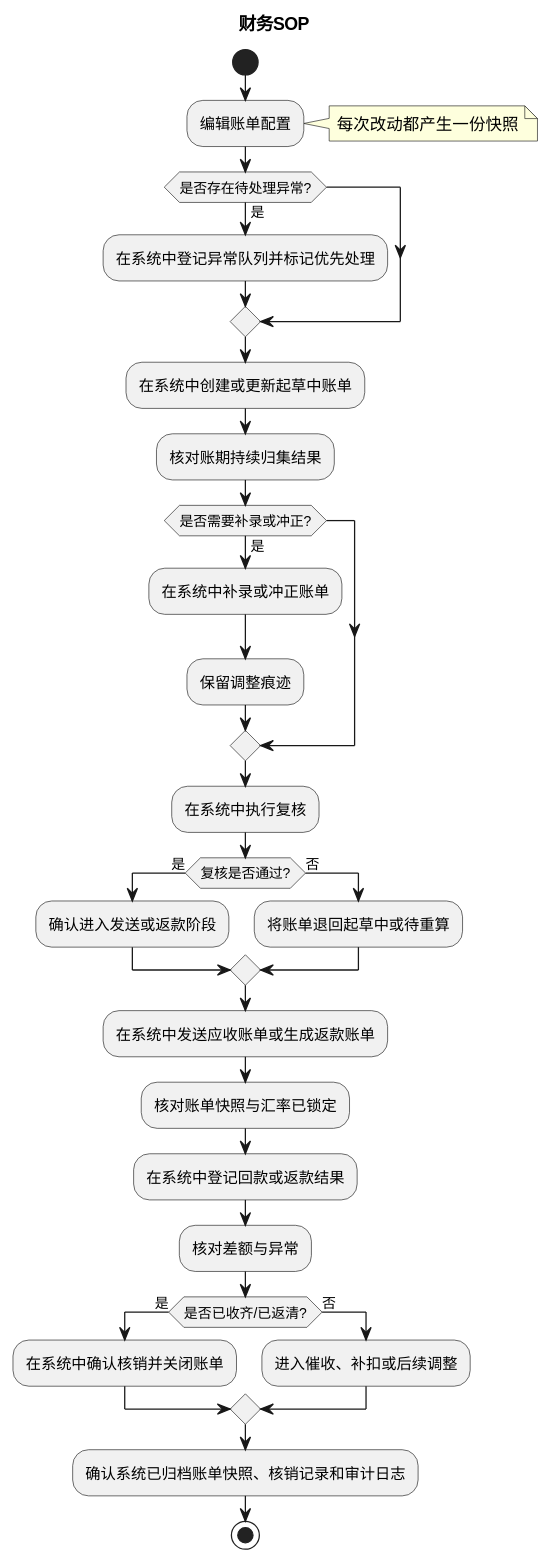
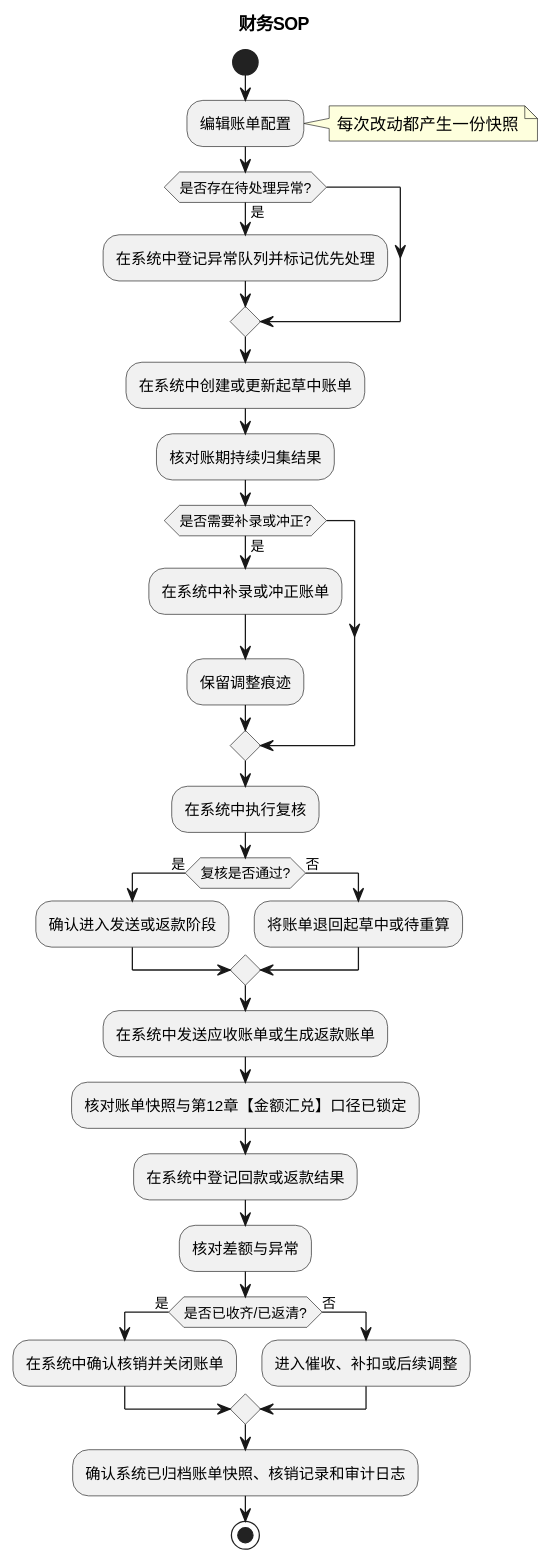
One commit to jack888332/projects-doc changed the first of 10 diagrams in product-caliber/bms/prd/财务系统.PRD.md. Above: the diagram before and after it, drawn with PlantUML. The commit also changed other lines of this file, not shown here.

````diff
--- a/product-caliber/bms/prd/财务系统.PRD.md
+++ b/product-caliber/bms/prd/财务系统.PRD.md
@@ -177,38 +177,38 @@
 ```plantuml
 @startuml
 title 财务SOP
 skinparam DefaultTextAlignment center
 |财务|
 start
 :编辑账单配置;
 note right
 每次改动都产生一份快照
 end note
 if (是否存在待处理异常?) then (是)
   :在系统中登记异常队列并标记优先处理;
 endif
 :在系统中创建或更新起草中账单;
 :核对账期持续归集结果;
 if (是否需要补录或冲正?) then (是)
   :在系统中补录或冲正账单;
   :保留调整痕迹;
 endif
 :在系统中执行复核;
 if (复核是否通过?) then (是)
   :确认进入发送或返款阶段;
 else (否)
   :将账单退回起草中或待重算;
 endif
 :在系统中发送应收账单或生成返款账单;
-:核对账单快照与汇率已锁定;
+:核对账单快照与第12章【金额汇兑】口径已锁定;
 :在系统中登记回款或返款结果;
 :核对差额与异常;
 if (是否已收齐/已返清?) then (是)
   :在系统中确认核销并关闭账单;
 else (否)
   :进入催收、补扣或后续调整;
 endif
 :确认系统已归档账单快照、核销记录和审计日志;
 stop
 @enduml
 ```
````
